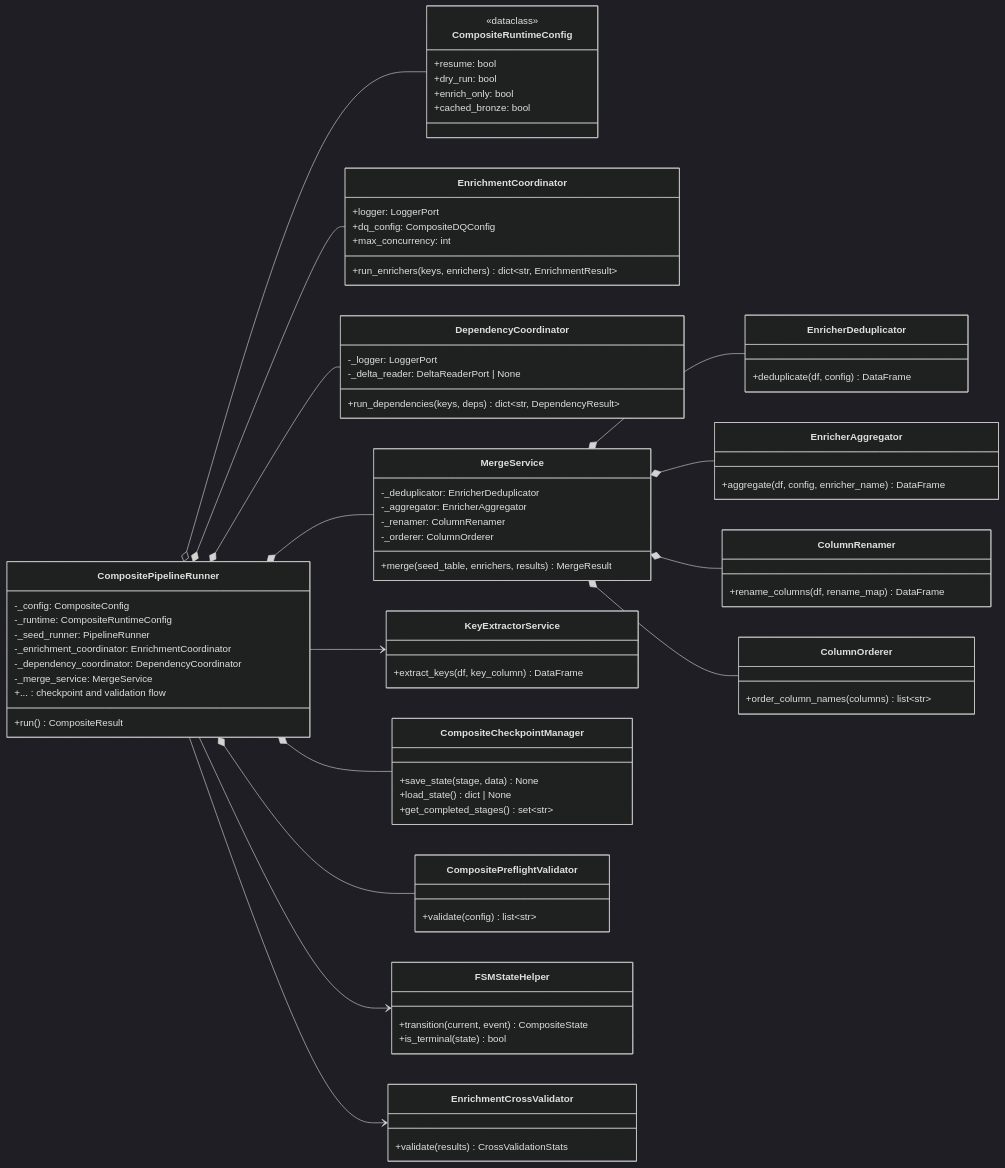
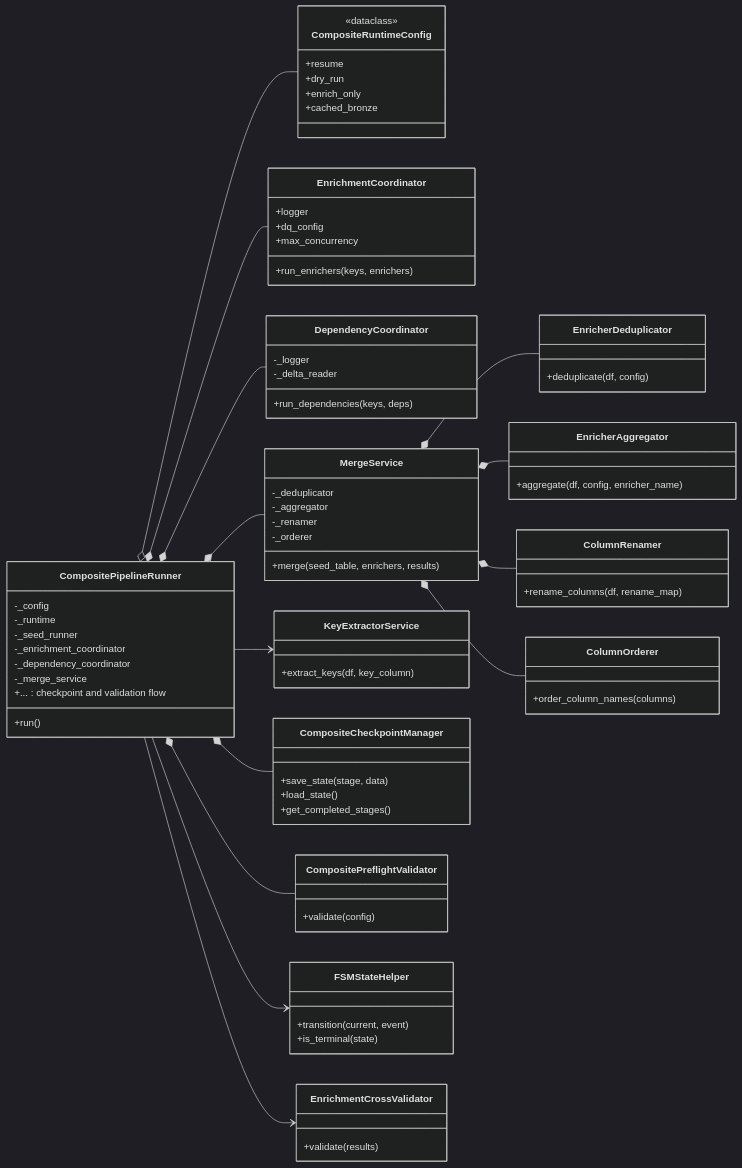
One commit to SatoryKono/BioactivityDataAcquisition changed the diagram in docs/02-architecture/mmd-diagrams/class-diagrams/12-composite-pipeline.mmd. Above: the diagram before and after it, drawn with Mermaid (dark theme). The commit also changed 33 other files, not shown here.

```diff
--- a/docs/02-architecture/mmd-diagrams/class-diagrams/12-composite-pipeline.mmd
+++ b/docs/02-architecture/mmd-diagrams/class-diagrams/12-composite-pipeline.mmd
@@ -1,105 +1,105 @@
 %% BioETL — Class Diagram: Composite Pipeline Components
 %% Runner, coordinators, merge service, and FSM.
 
 %% @version 1.1.0
 %% @date    2026-03-01
 %% @type    classDiagram
 %% @level   Class / Interface
 
 %% @uniform class width=264 height=156 max_title_len=27 max_desc_lines=6
 classDiagram
     direction LR
     class CompositePipelineRunner {
-        -_config: CompositeConfig
-        -_runtime: CompositeRuntimeConfig
-        -_seed_runner: PipelineRunner
-        -_enrichment_coordinator: EnrichmentCoordinator
-        -_dependency_coordinator: DependencyCoordinator
-        -_merge_service: MergeService
-        +run() CompositeResult
+        -_config
+        -_runtime
+        -_seed_runner
+        -_enrichment_coordinator
+        -_dependency_coordinator
+        -_merge_service
+        +run()
         +... : checkpoint and validation flow
     }
 
     class CompositeRuntimeConfig {
         <<dataclass>>
-        +resume: bool
-        +dry_run: bool
-        +enrich_only: bool
-        +cached_bronze: bool
+        +resume
+        +dry_run
+        +enrich_only
+        +cached_bronze
     }
 
     class EnrichmentCoordinator {
-        +logger: LoggerPort
-        +dq_config: CompositeDQConfig
-        +max_concurrency: int
-        +run_enrichers(keys, enrichers) dict~str, EnrichmentResult~
+        +logger
+        +dq_config
+        +max_concurrency
+        +run_enrichers(keys, enrichers)
     }
 
     class DependencyCoordinator {
-        -_logger: LoggerPort
-        -_delta_reader: DeltaReaderPort | None
-        +run_dependencies(keys, deps) dict~str, DependencyResult~
+        -_logger
+        -_delta_reader
+        +run_dependencies(keys, deps)
     }
 
     class MergeService {
-        -_deduplicator: EnricherDeduplicator
-        -_aggregator: EnricherAggregator
-        -_renamer: ColumnRenamer
-        -_orderer: ColumnOrderer
-        +merge(seed_table, enrichers, results) MergeResult
+        -_deduplicator
+        -_aggregator
+        -_renamer
+        -_orderer
+        +merge(seed_table, enrichers, results)
     }
 
     class EnricherAggregator {
-        +aggregate(df, config, enricher_name) DataFrame
+        +aggregate(df, config, enricher_name)
     }
 
     class EnricherDeduplicator {
-        +deduplicate(df, config) DataFrame
+        +deduplicate(df, config)
     }
 
     class ColumnRenamer {
-        +rename_columns(df, rename_map) DataFrame
+        +rename_columns(df, rename_map)
     }
 
     class ColumnOrderer {
-        +order_column_names(columns) list~str~
+        +order_column_names(columns)
     }
 
     class KeyExtractorService {
-        +extract_keys(df, key_column) DataFrame
+        +extract_keys(df, key_column)
     }
 
     class CompositeCheckpointManager {
-        +save_state(stage, data) None
-        +load_state() dict | None
-        +get_completed_stages() set~str~
+        +save_state(stage, data)
+        +load_state()
+        +get_completed_stages()
     }
 
     class CompositePreflightValidator {
-        +validate(config) list~str~
+        +validate(config)
     }
 
     class FSMStateHelper {
-        +transition(current, event) CompositeState
-        +is_terminal(state) bool
+        +transition(current, event)
+        +is_terminal(state)
     }
 
     class EnrichmentCrossValidator {
-        +validate(results) CrossValidationStats
+        +validate(results)
     }
 
     CompositePipelineRunner *-- EnrichmentCoordinator
     CompositePipelineRunner *-- DependencyCoordinator
     CompositePipelineRunner *-- MergeService
     CompositePipelineRunner *-- CompositeCheckpointManager
     CompositePipelineRunner *-- CompositePreflightValidator
     CompositePipelineRunner o-- CompositeRuntimeConfig
 
     MergeService *-- EnricherDeduplicator
     MergeService *-- EnricherAggregator
     MergeService *-- ColumnRenamer
     MergeService *-- ColumnOrderer
 
     CompositePipelineRunner --> FSMStateHelper
     CompositePipelineRunner --> EnrichmentCrossValidator
     CompositePipelineRunner --> KeyExtractorService
```
